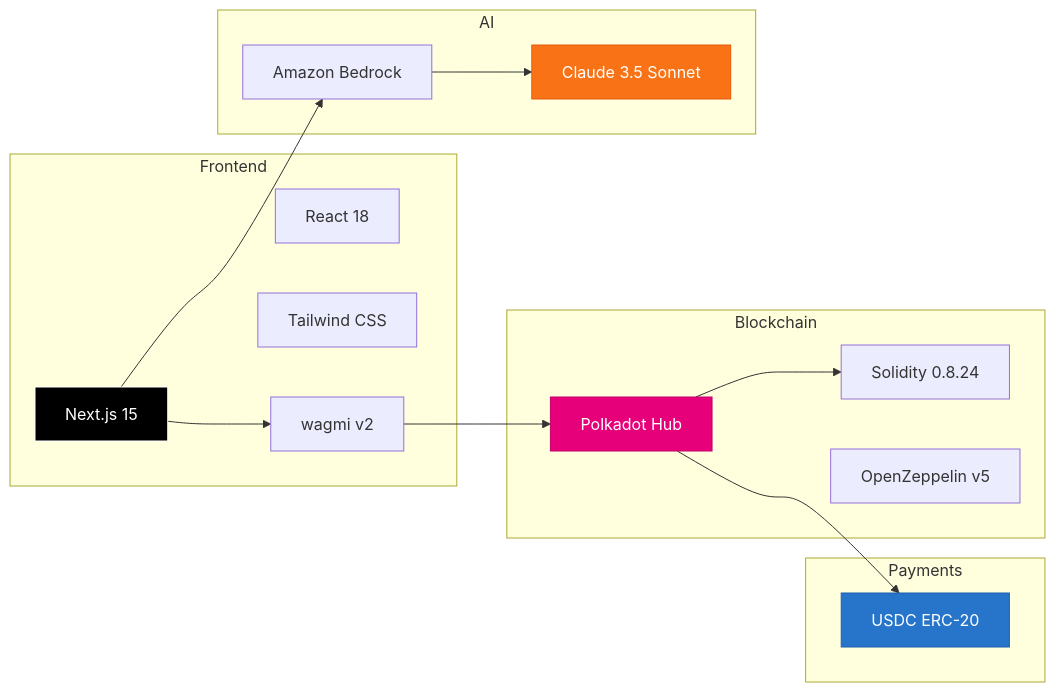
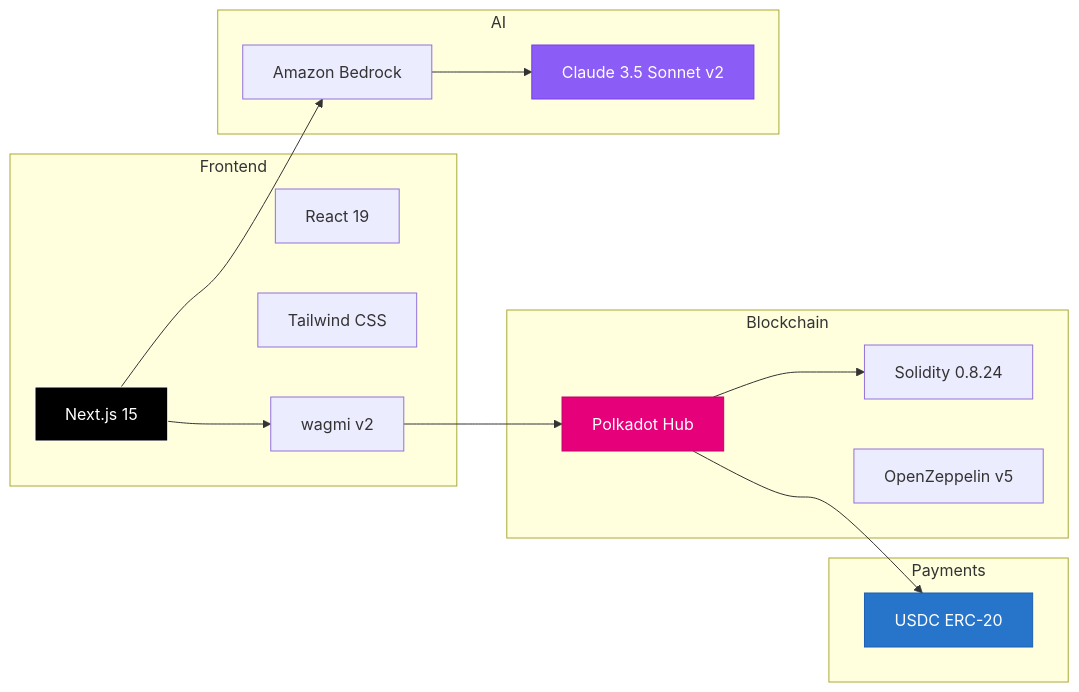
Before and after one commit to tufstraka/colosseum: the fifth of 6 diagrams in README.md, drawn with Mermaid. The commit also changed other lines of this file, not shown here.

````diff
--- a/README.md
+++ b/README.md
@@ -281,36 +379,36 @@
 ```mermaid
 graph LR
     subgraph Frontend
         NX[Next.js 15]
-        RC[React 18]
+        RC[React 19]
         TW[Tailwind CSS]
         WG[wagmi v2]
     end
 
     subgraph Blockchain
         PH[Polkadot Hub]
         SOL[Solidity 0.8.24]
         OZ[OpenZeppelin v5]
     end
 
     subgraph AI
         BR[Amazon Bedrock]
-        CL[Claude 3.5 Sonnet]
+        CL[Claude 3.5 Sonnet v2]
     end
 
     subgraph Payments
         USDC[USDC ERC-20]
     end
 
     NX --> WG
     WG --> PH
     PH --> SOL
     NX --> BR
     BR --> CL
     PH --> USDC
 
     style NX fill:#000,stroke:#fff,color:#fff
     style PH fill:#e6007a,stroke:#c4006a,color:#fff
-    style CL fill:#f97316,stroke:#ea580c,color:#fff
+    style CL fill:#8b5cf6,stroke:#7c3aed,color:#fff
     style USDC fill:#2775ca,stroke:#1a5fb4,color:#fff
 ```
````
